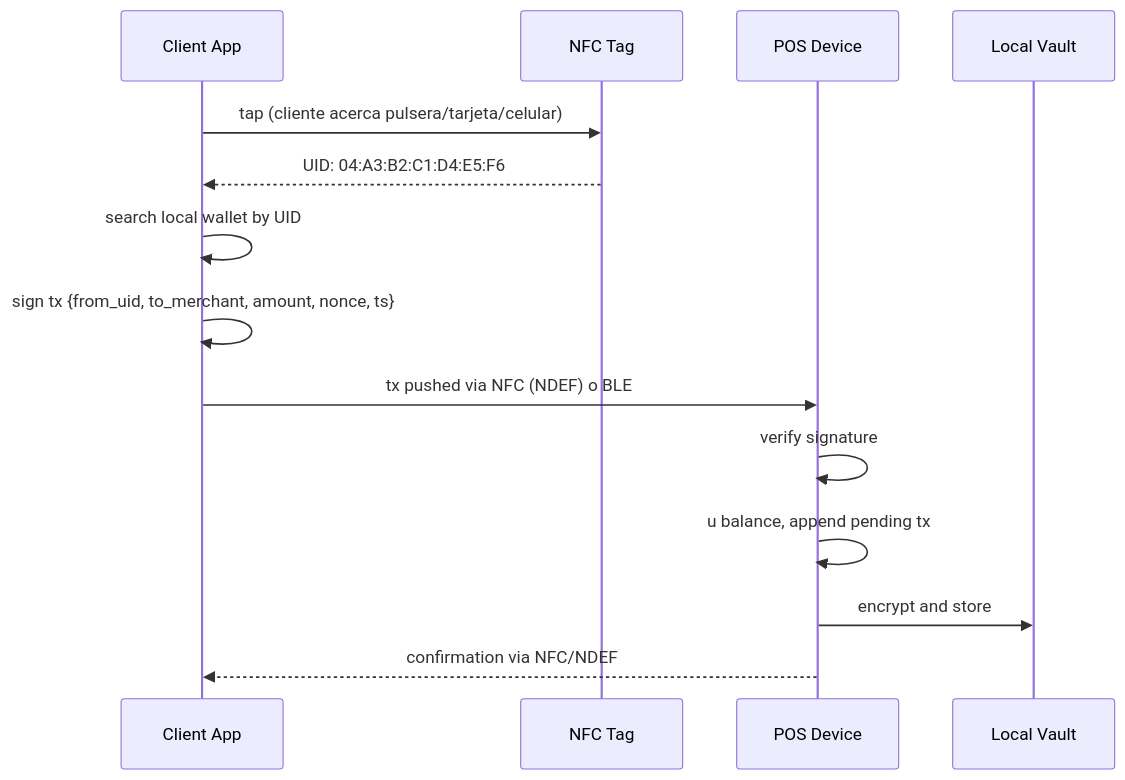
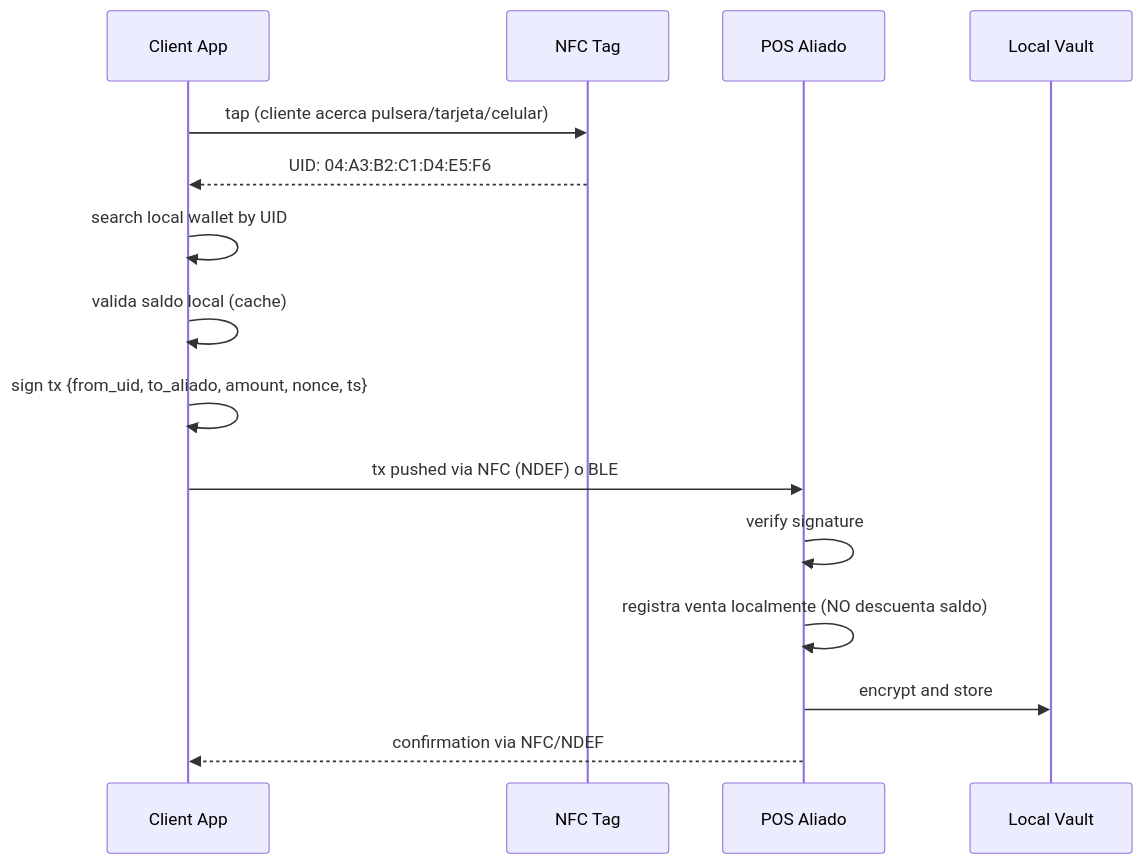
Before and after one commit to faugustdev/harbor-compass: the second of 4 diagrams in docs-src/02-architecture.md, drawn with Mermaid. The commit also changed other lines of this file and 9 other files, not shown here.

````diff
--- a/docs-src/02-architecture.md
+++ b/docs-src/02-architecture.md
@@ -114,17 +119,18 @@
 ```mermaid
 sequenceDiagram
     participant C as Client App
     participant NFC as NFC Tag
-    participant P as POS Device
+    participant P as POS Aliado
     participant V as Local Vault
 
     C->>NFC: tap (cliente acerca pulsera/tarjeta/celular)
     NFC-->>C: UID: 04:A3:B2:C1:D4:E5:F6
     C->>C: search local wallet by UID
-    C->>C: sign tx {from_uid, to_merchant, amount, nonce, ts}
+    C->>C: valida saldo local (cache)
+    C->>C: sign tx {from_uid, to_aliado, amount, nonce, ts}
     C->>P: tx pushed via NFC (NDEF) o BLE
     P->>P: verify signature
-    P->>P: u balance, append pending tx
+    P->>P: registra venta localmente (NO descuenta saldo)
     P->>V: encrypt and store
     P-->>C: confirmation via NFC/NDEF
 ```
````
